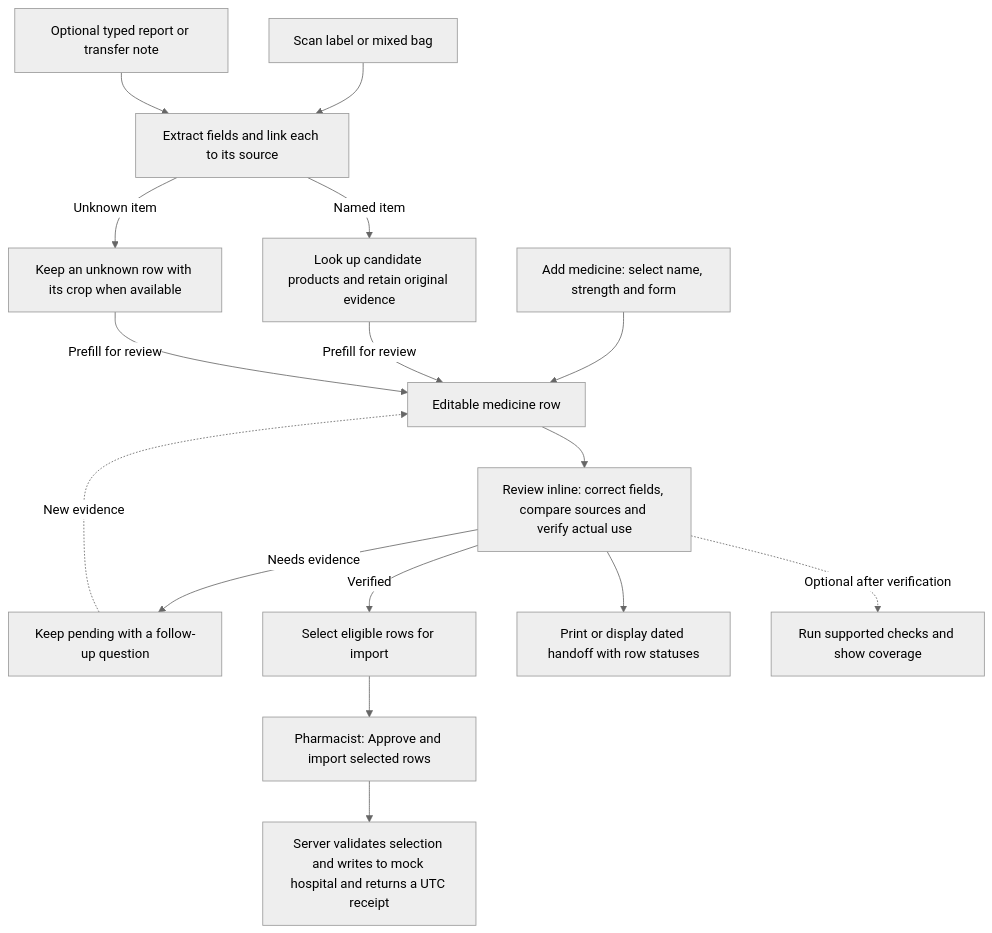
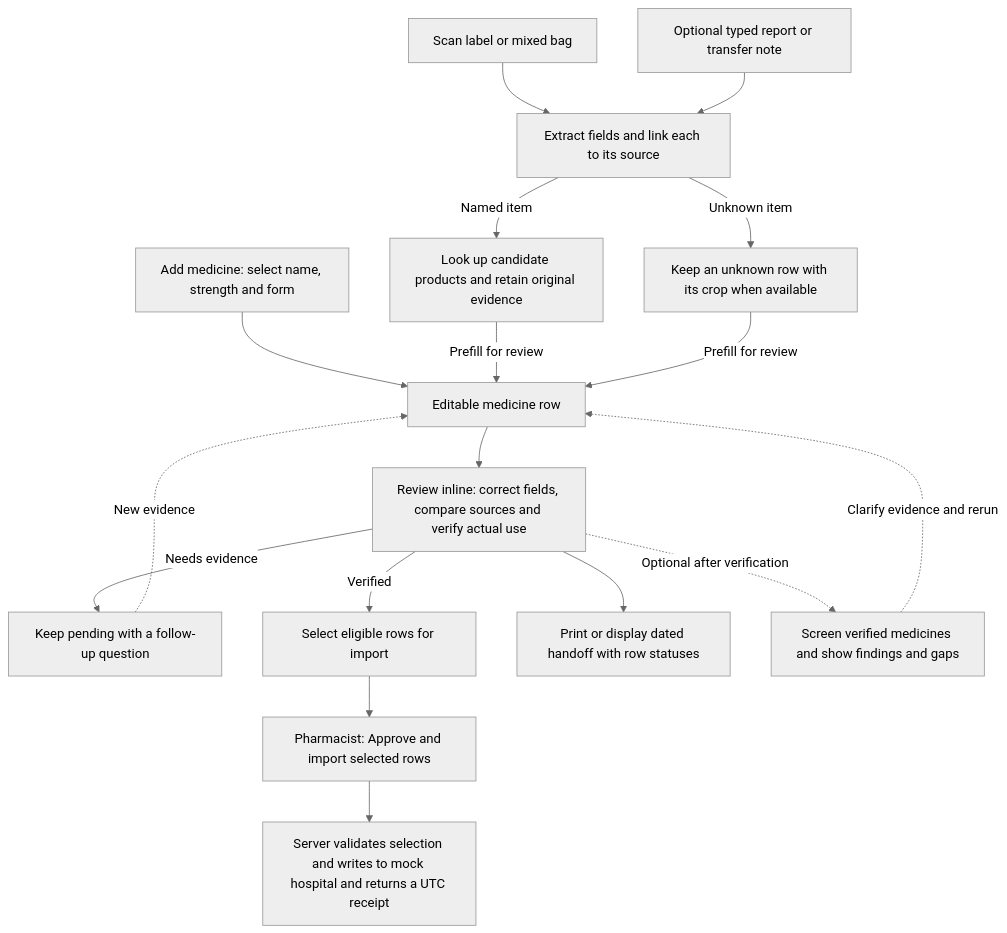
Before and after one commit to pakornds/Medication-Reader: the diagram in docs/specs/medication-reader-v1.md, drawn with Mermaid (neutral theme). The commit also changed other lines of this file and 21 other files, not shown here.

````diff
--- a/docs/specs/medication-reader-v1.md
+++ b/docs/specs/medication-reader-v1.md
@@ -13,18 +13,19 @@
 ```mermaid
 flowchart TD
   manual["Add medicine: select name, strength and form"] --> row["Editable medicine row"]
   scan["Scan label or mixed bag"] --> extract["Extract fields and link each to its source"]
   note["Optional typed report or transfer note"] --> extract
   extract -->|Named item| lookup["Look up candidate products and retain original evidence"]
   extract -->|Unknown item| unknown["Keep an unknown row with its crop when available"]
   lookup -->|Prefill for review| row
   unknown -->|Prefill for review| row
   row --> review["Review inline: correct fields, compare sources and verify actual use"]
   review -->|Needs evidence| pending["Keep pending with a follow-up question"]
   pending -.->|New evidence| row
   review -->|Verified| eligible["Select eligible rows for import"]
   review --> handoff["Print or display dated handoff with row statuses"]
   eligible --> approve["Pharmacist: Approve and import selected rows"]
   approve --> receipt["Server validates selection and writes to mock hospital and returns a UTC receipt"]
-  review -.->|Optional after verification| checks["Run supported checks and show coverage"]
+  review -.->|Optional after verification| checks["Screen verified medicines and show findings and gaps"]
+  checks -.->|Clarify evidence and rerun| row
 ```
````
